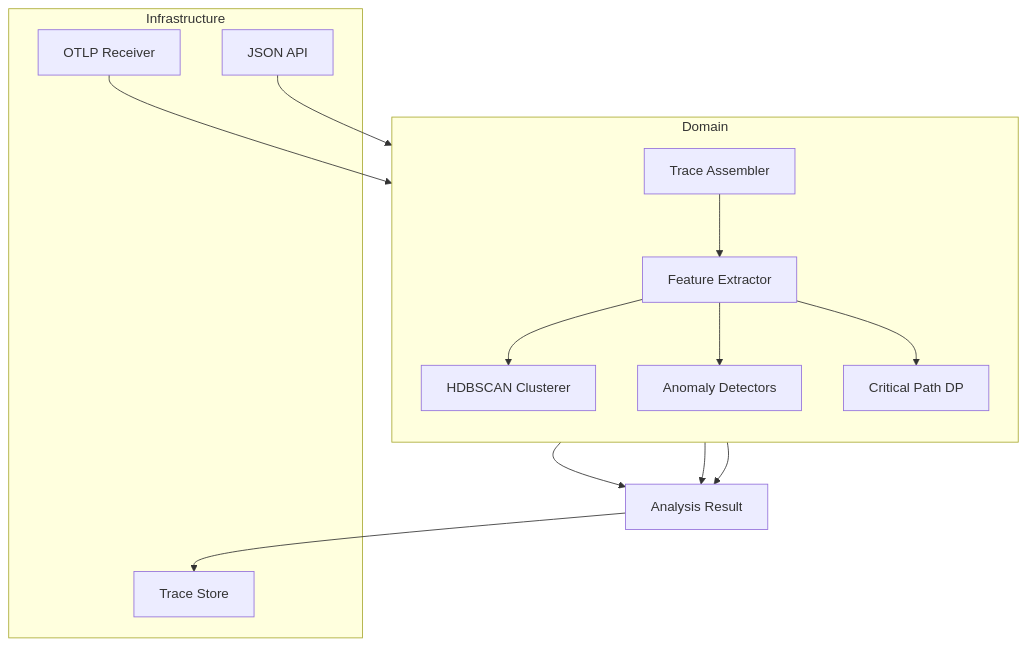
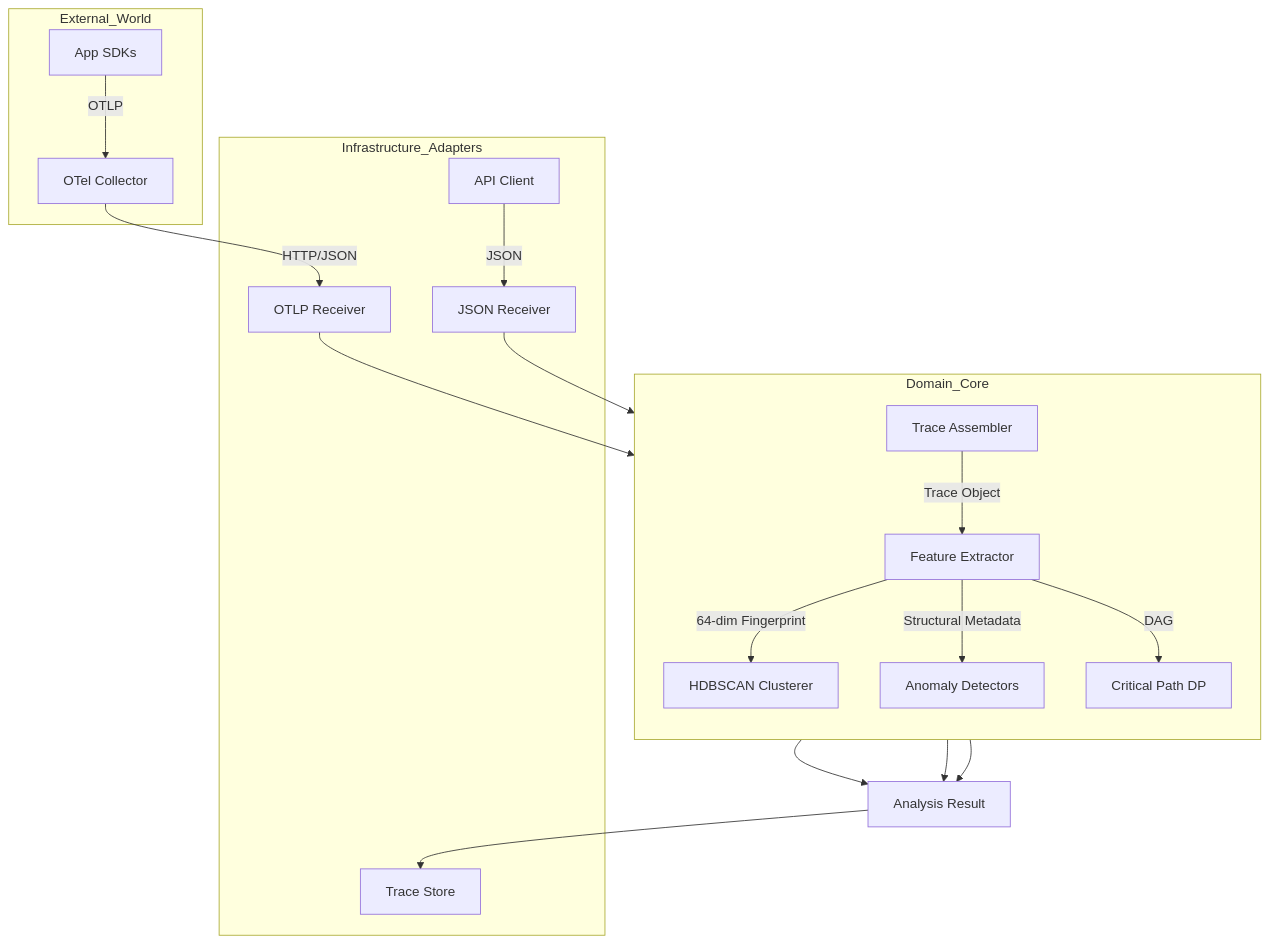
The first of 3 diagrams in infrastructure/observability/distributedTraceAnalysisEngine/README.md (Chief-Strategist-J/llm-observability-platform), drawn with Mermaid before and after one commit. The commit also changed other lines of this file, not shown here.

Commit message:
docs: add detailed diagrams and algorithm deep dives to README

````diff
--- a/infrastructure/observability/distributedTraceAnalysisEngine/README.md
+++ b/infrastructure/observability/distributedTraceAnalysisEngine/README.md
@@ -9,28 +9,32 @@
 ```mermaid
 graph TD
-    subgraph Infrastructure
-        OTLP[OTLP Receiver]
-        JSON[JSON API]
-        Store[Trace Store]
+    subgraph External_World
+        SDK[App SDKs] --> |OTLP| OTel[OTel Collector]
     end
 
-    subgraph Domain
+    subgraph Infrastructure_Adapters
+        OTel --> |HTTP/JSON| OTLP_R[OTLP Receiver]
+        CLI[API Client] --> |JSON| JSON_R[JSON Receiver]
+        SQL[Trace Store]
+    end
+
+    subgraph Domain_Core
         direction TB
         Assembler[Trace Assembler]
         Extractor[Feature Extractor]
         Clustering[HDBSCAN Clusterer]
         Detectors[Anomaly Detectors]
         CriticalPath[Critical Path DP]
     end
 
-    OTLP --> Assembler
-    JSON --> Assembler
-    Assembler --> Extractor
-    Extractor --> Clustering
-    Extractor --> Detectors
-    Extractor --> CriticalPath
+    OTLP_R --> Assembler
+    JSON_R --> Assembler
+    Assembler --> |Trace Object| Extractor
+    Extractor --> |64-dim Fingerprint| Clustering
+    Extractor --> |Structural Metadata| Detectors
+    Extractor --> |DAG| CriticalPath
     Detectors --> Result[Analysis Result]
     Clustering --> Result
     CriticalPath --> Result
-    Result --> Store
+    Result --> SQL
 ```
````
